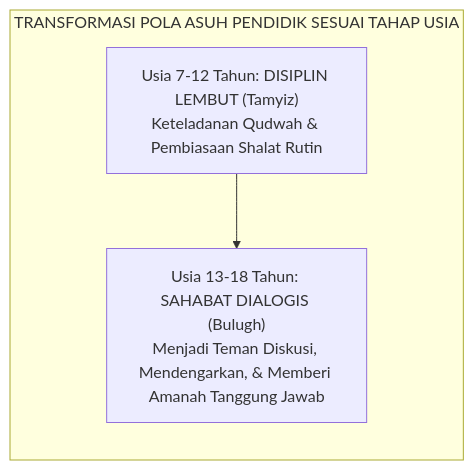
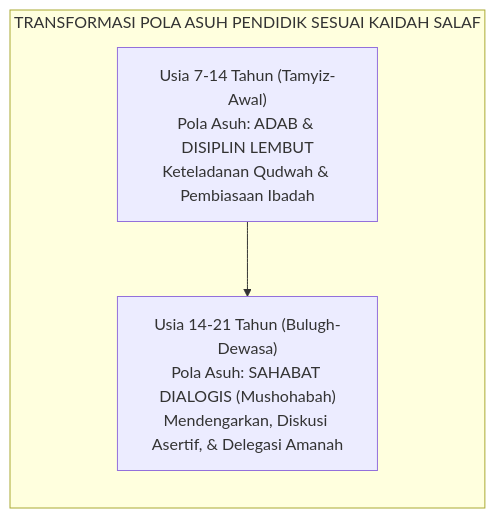
The second of 3 diagrams in BOOK-SERIES/Volume-02/Bab-03-Trajektori-Biososial-Spiritual-Remaja-Pesantren/01-Transisi-Pubertas-dan-Dinamika-Hormonal-Asrama.md (wandiapriliyandi/tumbuh), drawn with Mermaid before and after one commit. The commit also changed other lines of this file and 18 other files, not shown here.

````diff
--- a/BOOK-SERIES/Volume-02/Bab-03-Trajektori-Biososial-Spiritual-Remaja-Pesantren/01-Transisi-Pubertas-dan-Dinamika-Hormonal-Asrama.md
+++ b/BOOK-SERIES/Volume-02/Bab-03-Trajektori-Biososial-Spiritual-Remaja-Pesantren/01-Transisi-Pubertas-dan-Dinamika-Hormonal-Asrama.md
@@ -54,6 +68,6 @@
 ```mermaid
 graph LR
-    subgraph TransformasiPolaAsuh["TRANSFORMASI POLA ASUH PENDIDIK SESUAI TAHAP USIA"]
-        Fase1["Usia 7-12 Tahun: DISIPLIN LEMBUT (Tamyiz)<br/>Keteladanan Qudwah & Pembiasaan Shalat Rutin"] --> Fase2["Usia 13-18 Tahun: SAHABAT DIALOGIS (Bulugh)<br/>Menjadi Teman Diskusi, Mendengarkan, & Memberi Amanah Tanggung Jawab"]
+    subgraph KaidahSahabat["TRANSFORMASI POLA ASUH PENDIDIK SESUAI KAIDAH SALAF"]
+        Fase1["Usia 7-14 Tahun (Tamyiz-Awal)<br/>Pola Asuh: ADAB & DISIPLIN LEMBUT<br/>Keteladanan Qudwah & Pembiasaan Ibadah"] --> Fase2["Usia 14-21 Tahun (Bulugh-Dewasa)<br/>Pola Asuh: SAHABAT DIALOGIS (Mushohabah)<br/>Mendengarkan, Diskusi Asertif, & Delegasi Amanah"]
     end
 ```
````
